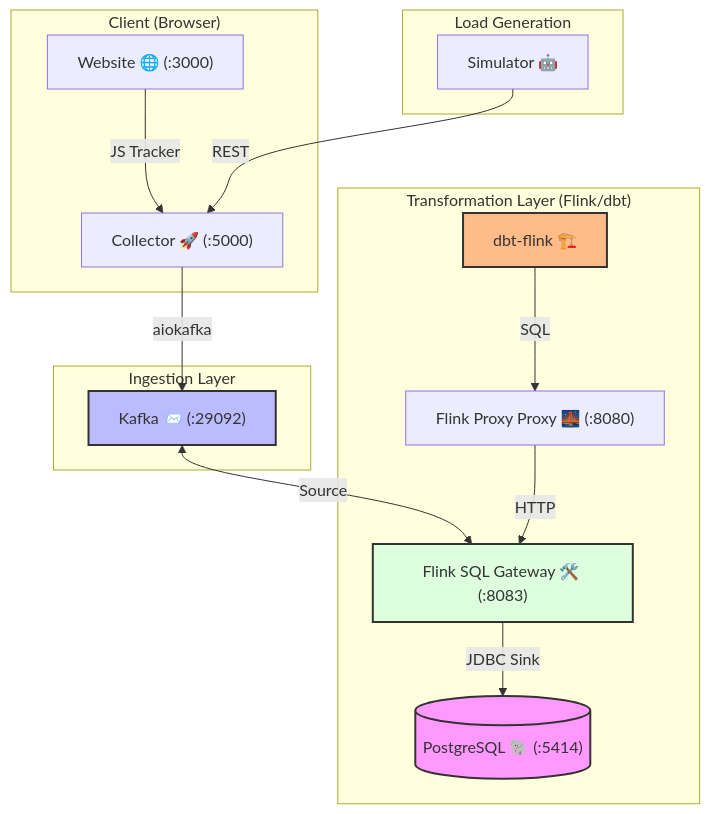
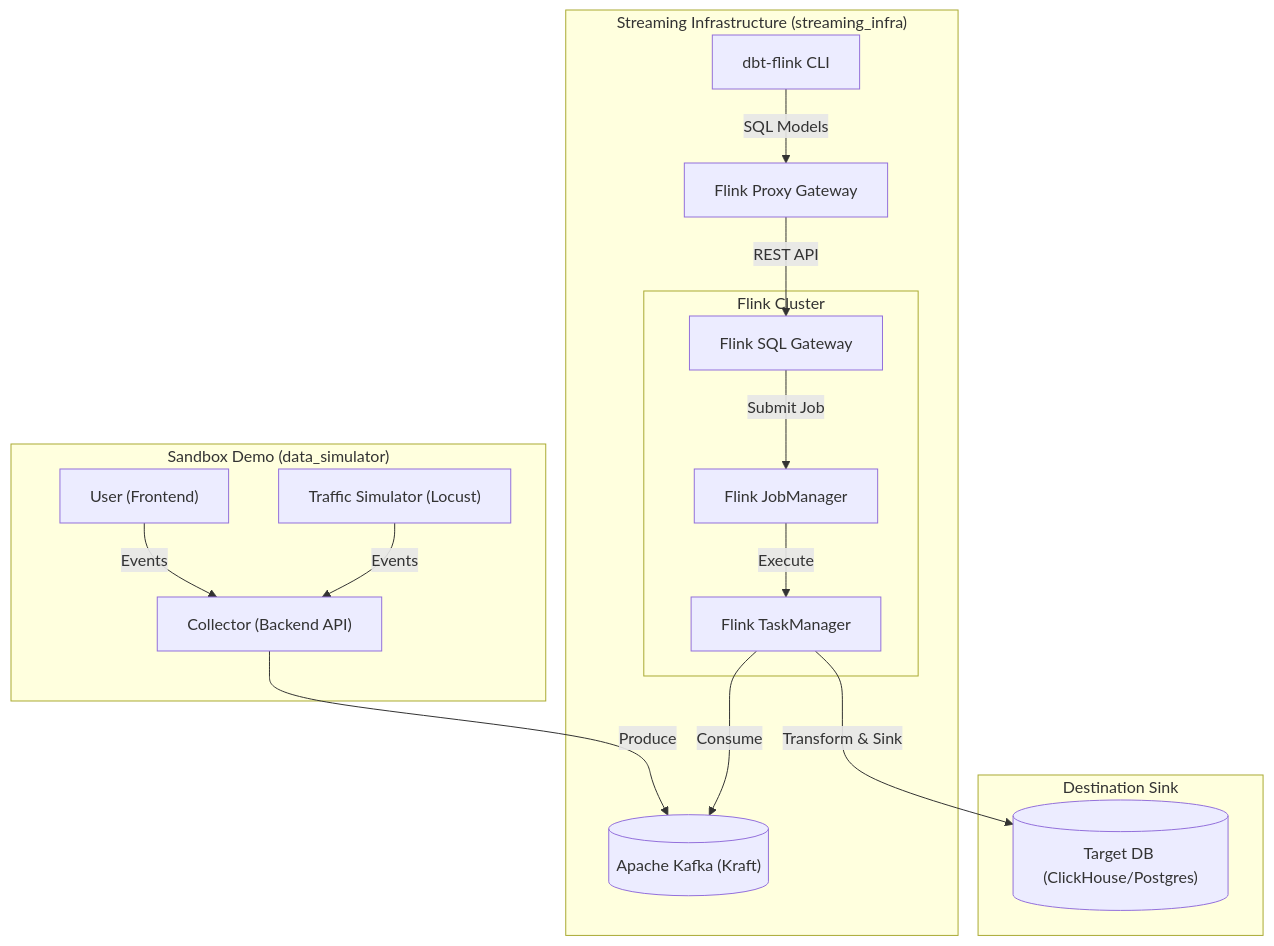
One commit to qamarudeenm/public_oss_HydraStream changed the diagram in README.md. Above: the diagram before and after it, drawn with Mermaid. The commit also changed other lines of this file and 93 other files, not shown here.

````diff
--- a/README.md
+++ b/README.md
@@ -9,26 +22,35 @@
 ```mermaid
 graph TD
-    subgraph Client ["Client (Browser)"]
-        W["Website 🌐 (:3000)"] -->|JS Tracker| C["Collector 🚀 (:5000)"]
+    subgraph "Sandbox Demo (data_simulator)"
+        User["User (Frontend)"]
+        Simulator["Traffic Simulator (Locust)"]
+        Collector["Collector (Backend API)"]
     end
 
-    subgraph Ingestion ["Ingestion Layer"]
-        C -->|aiokafka| K["Kafka 📨 (:29092)"]
+    subgraph "Streaming Infrastructure (streaming_infra)"
+        Kafka[("Apache Kafka (Kraft)")]
+        subgraph "Flink Cluster"
+            JobManager["Flink JobManager"]
+            TaskManager["Flink TaskManager"]
+            Gateway["Flink SQL Gateway"]
+        end
+        Proxy["Flink Proxy Gateway"]
+        DBT["dbt-flink CLI"]
     end
 
-    subgraph Transformation ["Transformation Layer (Flink/dbt)"]
-        K <-->|Source| FST["Flink SQL Gateway 🛠️ (:8083)"]
-        D["dbt-flink 🏗️"] -->|SQL| FP["Flink Proxy Proxy 🌉 (:8080)"]
-        FP -->|HTTP| FST
-        FST -->|JDBC Sink| P[("PostgreSQL 🐘 (:5414)")]
+    subgraph "Destination Sink"
+        Sink[("Target DB (ClickHouse/Postgres)")]
     end
 
-    subgraph Simulation ["Load Generation"]
-        S["Simulator 🤖"] -->|REST| C
-    end
-
-    style P fill:#f9f,stroke:#333,stroke-width:2px
-    style K fill:#bbf,stroke:#333,stroke-width:2px
-    style FST fill:#dfd,stroke:#333,stroke-width:2px
-    style D fill:#fb8,stroke:#333,stroke-width:2px
+    User -->|Events| Collector
+    Simulator -->|Events| Collector
+    Collector -->|Produce| Kafka
+    
+    DBT -->|SQL Models| Proxy
+    Proxy -->|REST API| Gateway
+    Gateway -->|Submit Job| JobManager
+    JobManager -->|Execute| TaskManager
+    
+    TaskManager -->|Consume| Kafka
+    TaskManager -->|Transform & Sink| Sink
 ```
````
